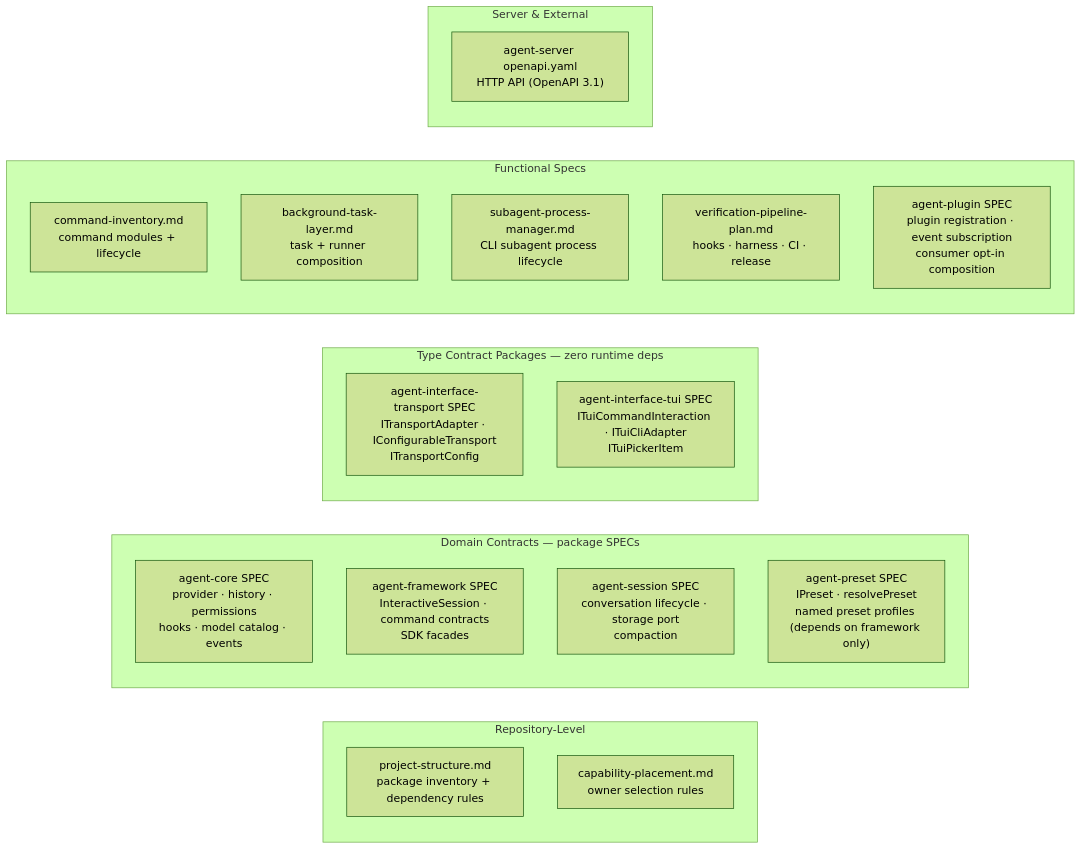
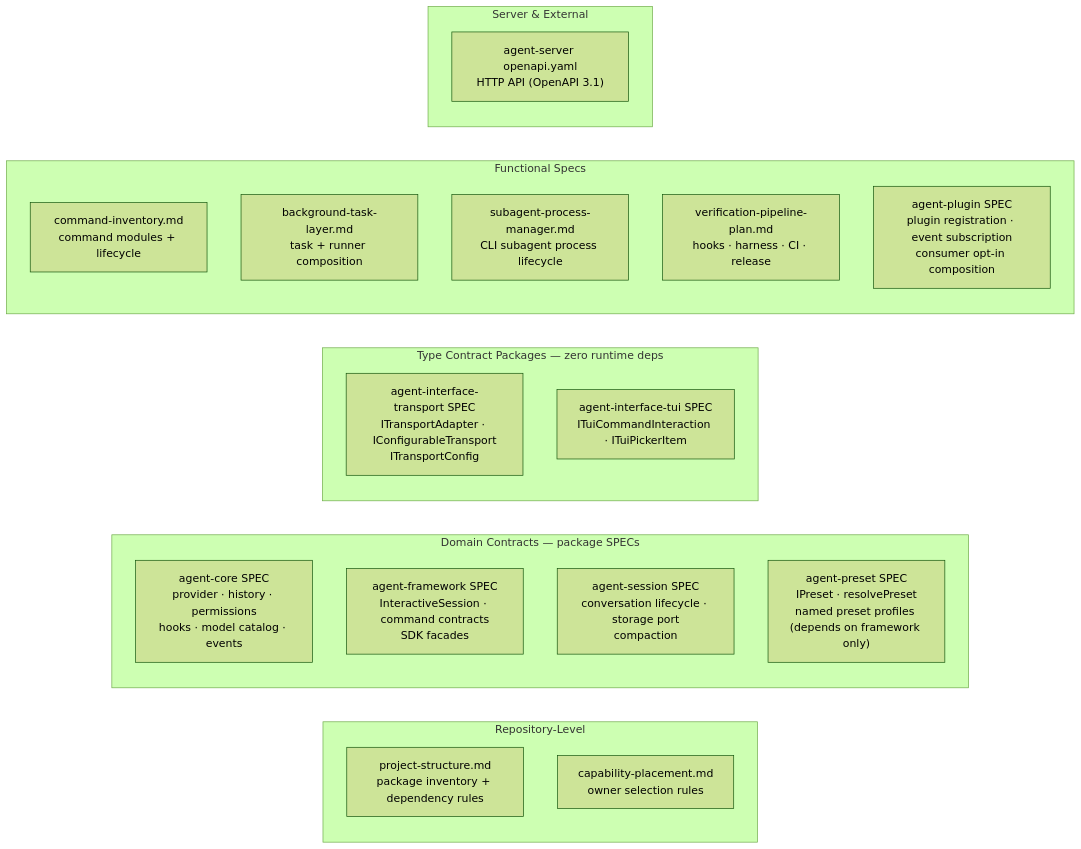
The diagram in .agents/specs/architecture-map/cross-cutting-contracts.md (woojubb/robota), drawn with Mermaid (forest theme) before and after one commit. The commit also changed 12 other files, not shown here.

First line of the commit message:
docs(arch): re-audit remediation — sync architecture-map + package SPECs to beta.75

````diff
--- a/.agents/specs/architecture-map/cross-cutting-contracts.md
+++ b/.agents/specs/architecture-map/cross-cutting-contracts.md
@@ -13,27 +13,27 @@
 ```mermaid
 graph LR
   subgraph Repo["Repository-Level"]
     PS["project-structure.md\npackage inventory + dependency rules"]
     CP["capability-placement.md\nowner selection rules"]
   end
   subgraph Domain["Domain Contracts — package SPECs"]
     CS["agent-core SPEC\nprovider · history · permissions\nhooks · model catalog · events"]
     FS["agent-framework SPEC\nInteractiveSession · command contracts\nSDK facades"]
     SS["agent-session SPEC\nconversation lifecycle · storage port\ncompaction"]
     PR["agent-preset SPEC\nIPreset · resolvePreset\nnamed preset profiles (depends on framework only)"]
   end
   subgraph TypeContracts["Type Contract Packages — zero runtime deps"]
     IT["agent-interface-transport SPEC\nITransportAdapter · IConfigurableTransport\nITransportConfig"]
-    IU["agent-interface-tui SPEC\nITuiCommandInteraction · ITuiCliAdapter\nITuiPickerItem"]
+    IU["agent-interface-tui SPEC\nITuiCommandInteraction · ITuiPickerItem"]
   end
   subgraph Functional["Functional Specs"]
     CI["command-inventory.md\ncommand modules + lifecycle"]
     BT["background-task-layer.md\ntask + runner composition"]
     SP["subagent-process-manager.md\nCLI subagent process lifecycle"]
     VP["verification-pipeline-plan.md\nhooks · harness · CI · release"]
     PL["agent-plugin SPEC\nplugin registration · event subscription\nconsumer opt-in composition"]
   end
   subgraph Server["Server & External"]
     OA["agent-server openapi.yaml\nHTTP API (OpenAPI 3.1)"]
   end
 ```
````
